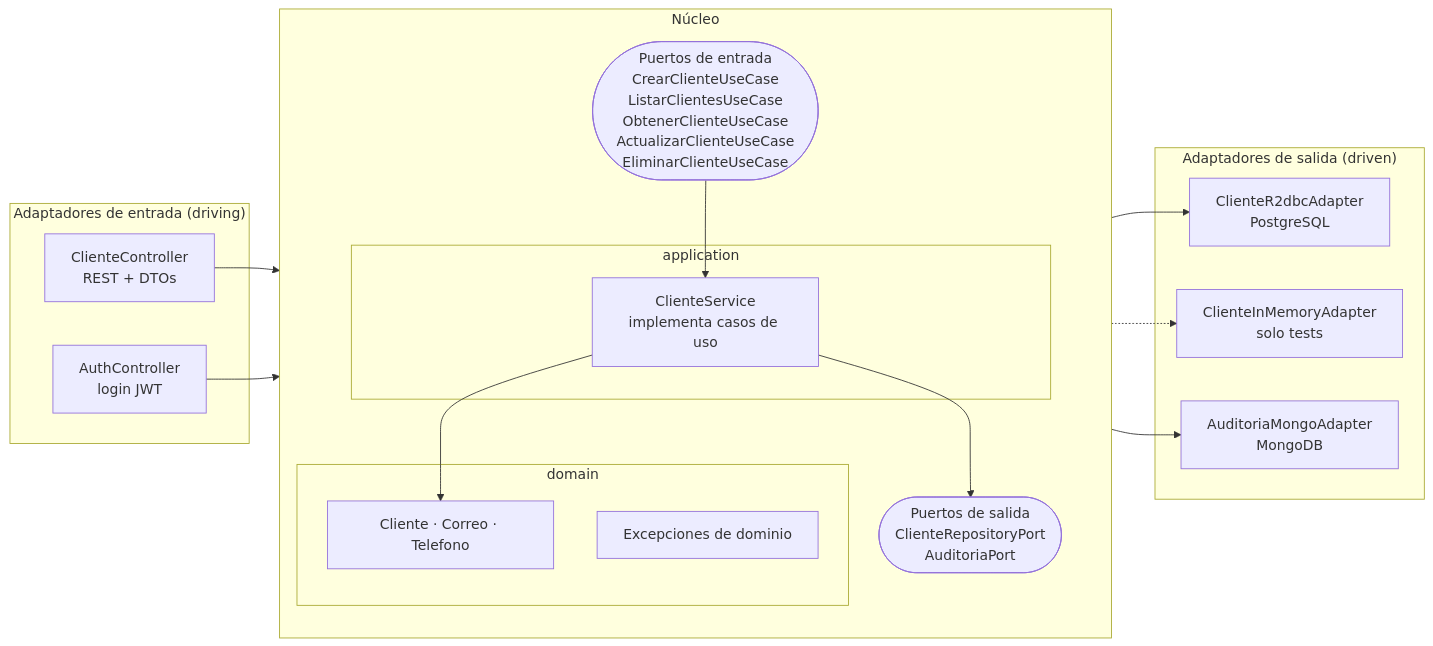
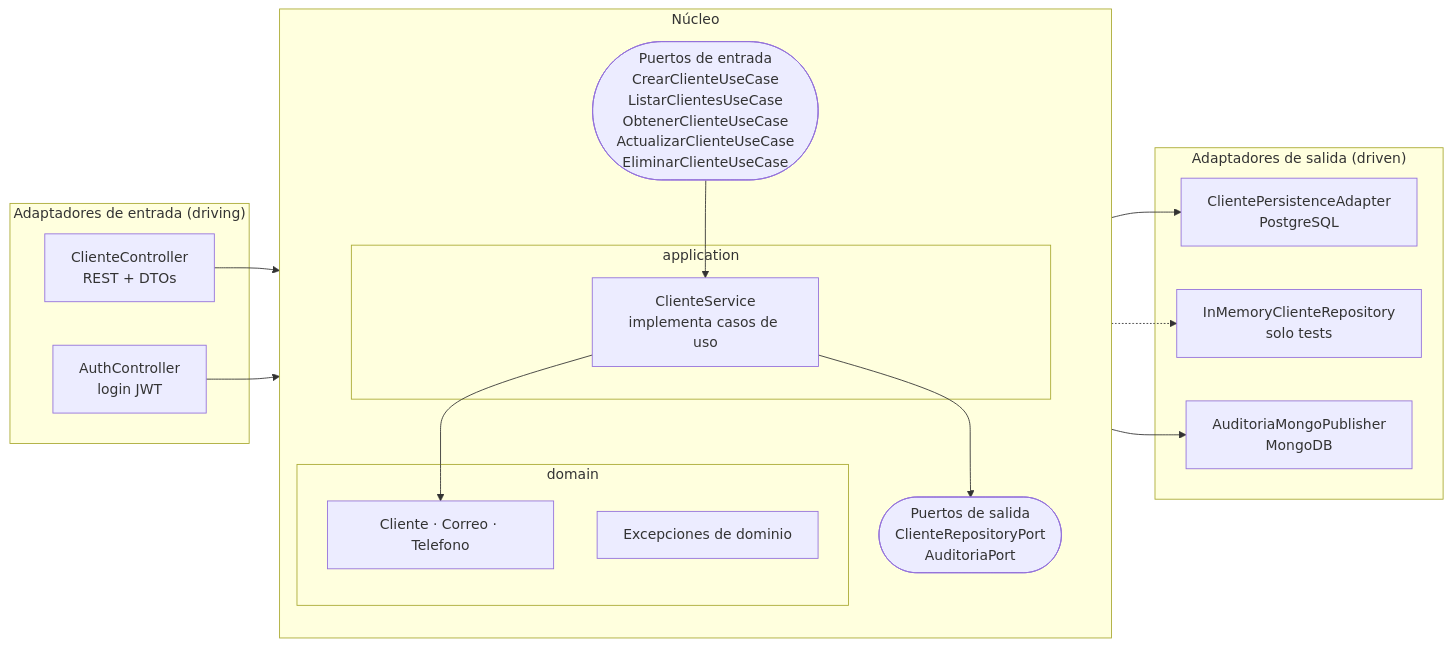
The third of 13 diagrams in README.md (edzamo/ec-eykcorp), drawn with Mermaid before and after one commit. The commit also changed other lines of this file and 25 other files, not shown here.

````diff
--- a/README.md
+++ b/README.md
@@ -222,35 +222,35 @@
 ```mermaid
 flowchart LR
     subgraph IN["Adaptadores de entrada (driving)"]
         CTRL["ClienteController<br/>REST + DTOs"]
         AUTH["AuthController<br/>login JWT"]
     end
 
     subgraph CORE["Núcleo"]
         direction TB
         subgraph APP["application"]
             UC["ClienteService<br/>implementa casos de uso"]
         end
         subgraph DOM["domain"]
             ENT["Cliente · Correo · Telefono"]
             EXC["Excepciones de dominio"]
         end
         PIN(["Puertos de entrada<br/>CrearClienteUseCase<br/>ListarClientesUseCase<br/>ObtenerClienteUseCase<br/>ActualizarClienteUseCase<br/>EliminarClienteUseCase"])
         POUT(["Puertos de salida<br/>ClienteRepositoryPort<br/>AuditoriaPort"])
     end
 
     subgraph OUT["Adaptadores de salida (driven)"]
-        REPO["ClienteR2dbcAdapter<br/>PostgreSQL"]
-        MEM["ClienteInMemoryAdapter<br/>solo tests"]
-        AUD["AuditoriaMongoAdapter<br/>MongoDB"]
+        REPO["ClientePersistenceAdapter<br/>PostgreSQL"]
+        MEM["InMemoryClienteRepository<br/>solo tests"]
+        AUD["AuditoriaMongoPublisher<br/>MongoDB"]
     end
 
     CTRL --> PIN
     AUTH --> PIN
     PIN --> UC
     UC --> ENT
     UC --> POUT
     POUT --> REPO
     POUT -.-> MEM
     POUT --> AUD
 ```
````
